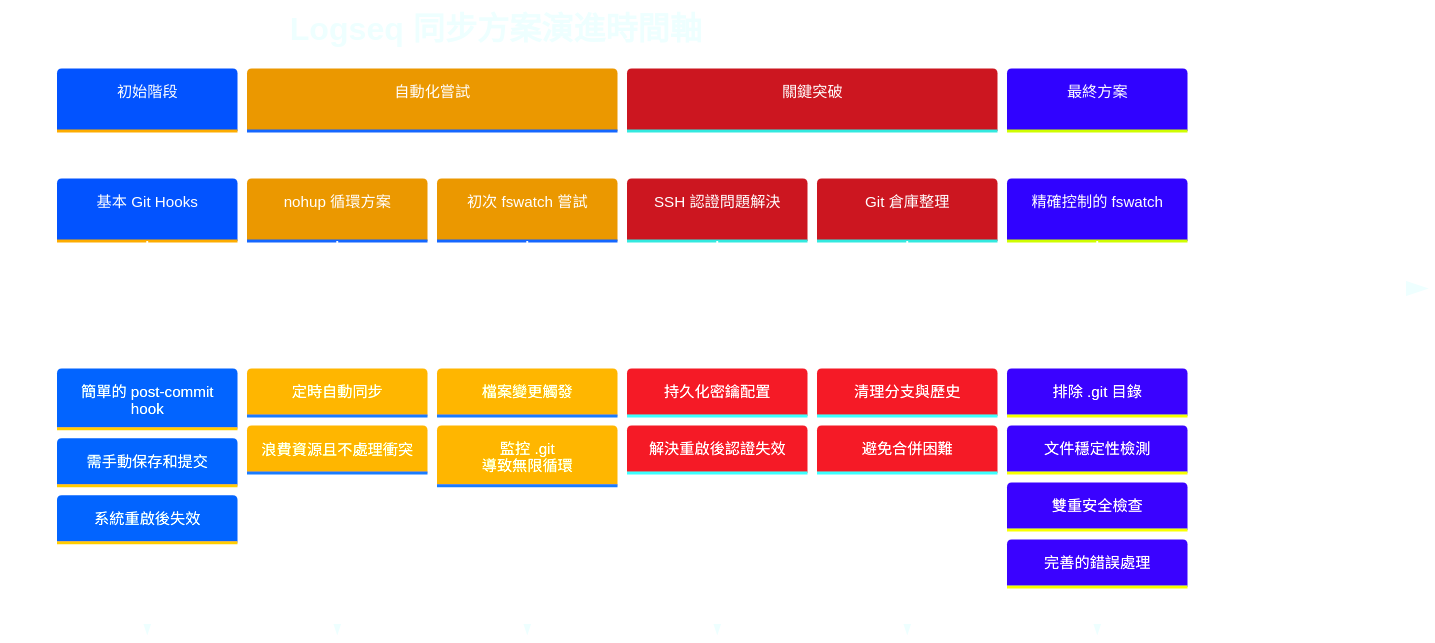
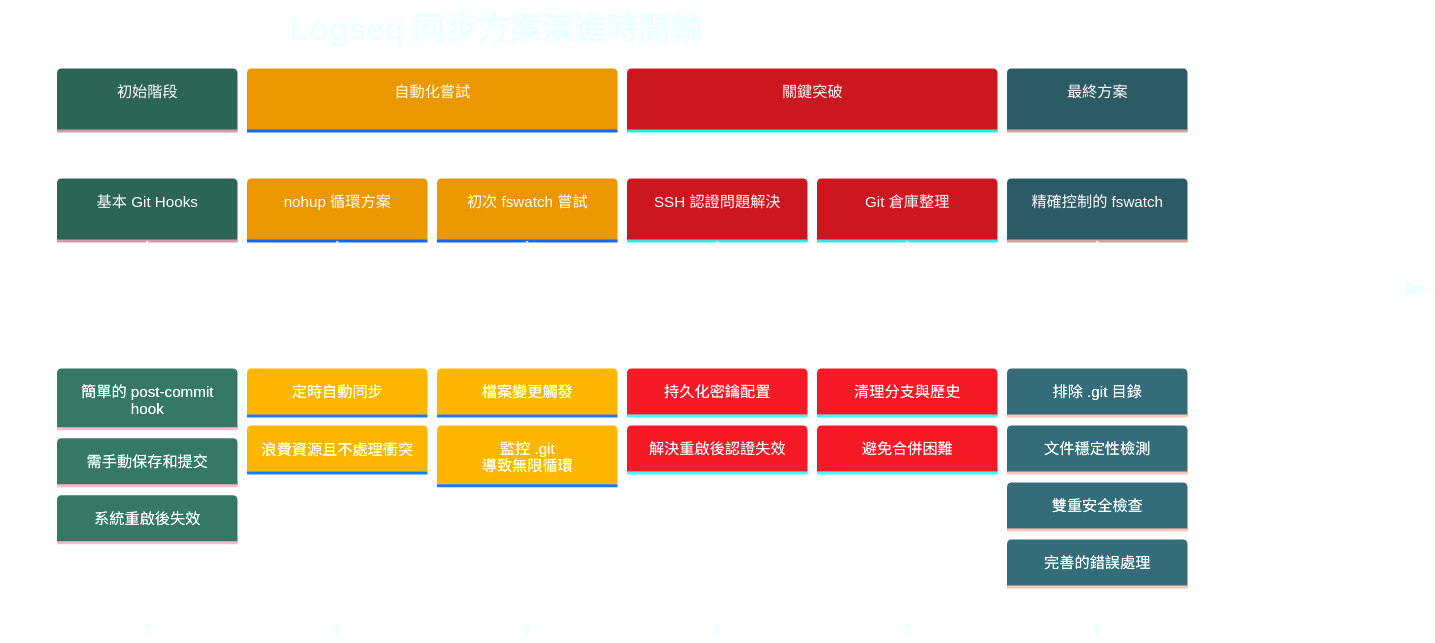
The first of 2 diagrams in Logseq同步方案演進記錄.md (GengGeng026/Sync-Logseq), drawn with Mermaid before and after one commit.

Commit message:
Auto-sync: Wed Mar 26 08:27:59 +08 2025

````diff
--- a/Logseq同步方案演進記錄.md
+++ b/Logseq同步方案演進記錄.md
@@ -27,44 +27,44 @@
 ```mermaid
 %%{init: {
   'theme': 'base', 
   'themeVariables': {
-    'primaryColor': '#82AAFF',
+    'primaryColor': '#59B79A',
     'primaryTextColor': '#FFFFFF',
     'primaryBorderColor': '#59B79A',
     'lineColor': '#C792EA',
     'secondaryColor': '#FFCB6B',
     'tertiaryColor': '#F07178',
     'background': 'transparent',
     'textColor': '#EEFFFF',
     'nodeBorder': '#59B79A',
     'clusterBkg': 'transparent',
     'titleColor': '#EEFFFF',
     'sectionBkgColor': '#273747',
     'sectionBkgColor2': '#334455',
     'sectionBkgColor3': '#3A4A5A',
     'sectionBkgColor4': '#42546A',
     'sectionBkgColor5': '#4B5E78'
   }
 }}%%
 timeline
     title Logseq 同步方案演進時間軸
     section 初始階段
         基本 Git Hooks : 簡單的 post-commit hook
         : 需手動保存和提交
         : 系統重啟後失效
     section 自動化嘗試
         nohup 循環方案 : 定時自動同步
         : 浪費資源且不處理衝突
         初次 fswatch 嘗試 : 檔案變更觸發
         : 監控 .git 導致無限循環
     section 關鍵突破
         SSH 認證問題解決 : 持久化密鑰配置
         : 解決重啟後認證失效
         Git 倉庫整理 : 清理分支與歷史
         : 避免合併困難
     section 最終方案
         精確控制的 fswatch : 排除 .git 目錄
         : 文件穩定性檢測
         : 雙重安全檢查
         : 完善的錯誤處理
 ```
````
